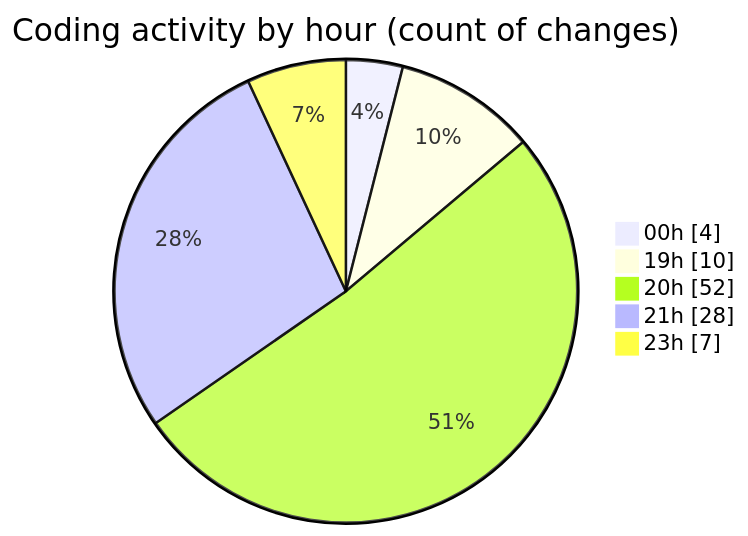
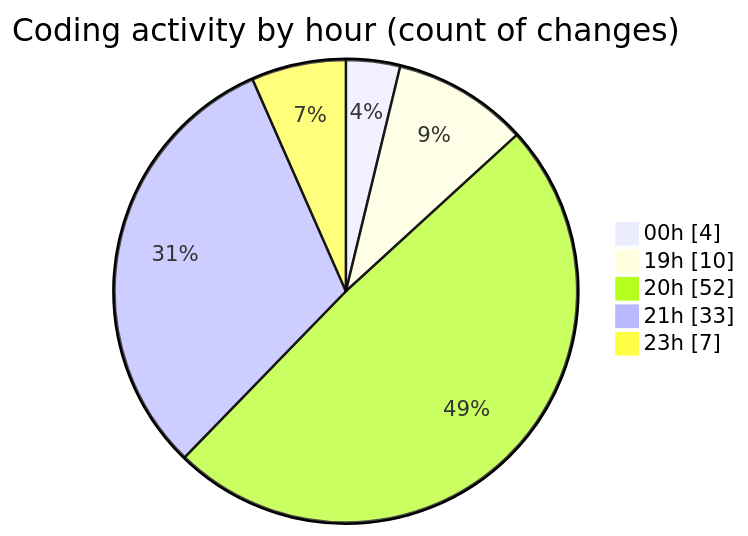
The second of 2 diagrams in 2025-02-27/cda/README.md (momahboobian/code-tracking), drawn with Mermaid before and after one commit. The commit also changed other lines of this file and 1 other file, not shown here.

````diff
--- a/2025-02-27/cda/README.md
+++ b/2025-02-27/cda/README.md
@@ -42,9 +42,9 @@
 ```mermaid
 pie showData
 title Coding activity by hour (count of changes)
 "00h" : 4
 "19h" : 10
 "20h" : 52
-"21h" : 28
+"21h" : 33
 "23h" : 7
 ```
````
